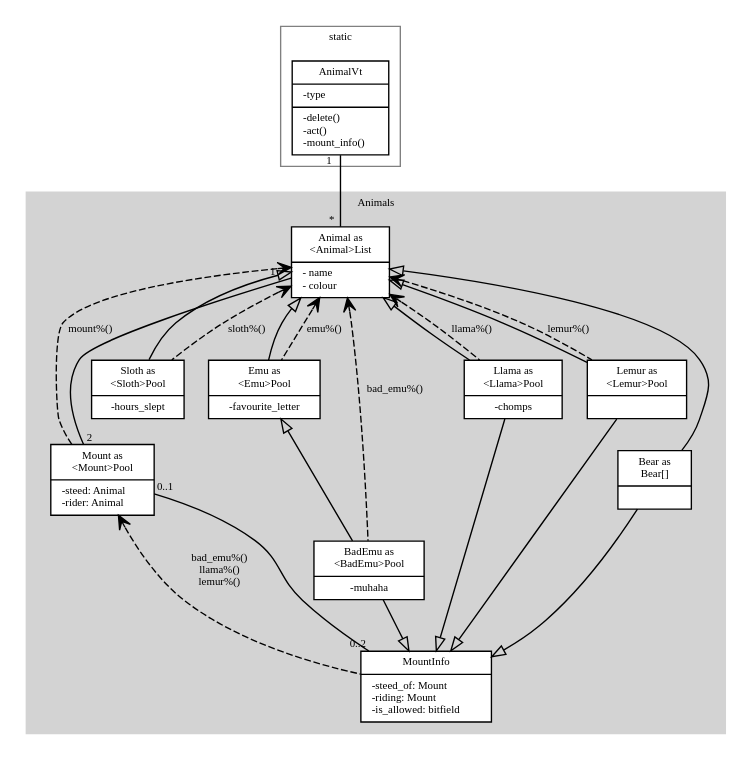
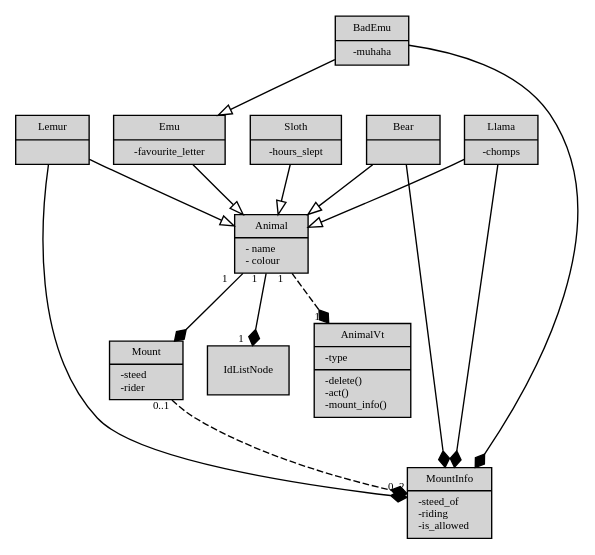
The diagram in web/animals.gv (neil-edelman/boxes), drawn with Graphviz before and after one commit.

Commit message:
Updated; no migrate, looks much cleaner.

```diff
--- a/web/animals.gv
+++ b/web/animals.gv
@@ -1,69 +1,52 @@
 digraph {
 	fontname = "Bitstream Vera Sans";
 	fontsize = 8;
 	node [
 		fontname = "Bitstream Vera Sans",
 		fontsize = 8,
-		shape = record
+		shape = record,
+		style = filled,
+		fillcolor = lightgrey
 	];
 	edge [
 		fontname = "Bitstream Vera Sans",
-		fontsize = 8,
+		fontsize = 8
 	];
-	subgraph cluster_AnimalVt {
-		label = "static";
-		color = grey;
-		fillcolor = clear;
-		AnimalVt [ label = "{AnimalVt|-type\l|-delete()\l-act()\l-mount_info()\l}" ];
-	}
-	subgraph cluster_Animals {
-		label = "Animals";
-		style = filled;
-		color = lightgrey;
-		node [style = filled, fillcolor = white];
+	AnimalVt [ label = "{AnimalVt|-type\l|-delete()\l-act()\l-mount_info()\l}" ];
 
-		Animal [ label = "{Animal as\n\<Animal\>List|- name\l- colour\l}" ];
-		Mount [ label = "{Mount as\n\<Mount\>Pool|-steed: Animal\l-rider: Animal\l}" ]
-		MountInfo [label="{MountInfo|-steed_of: Mount\l-riding: Mount\l-is_allowed: bitfield\l}"]
-		Sloth [ label = "{Sloth as\n\<Sloth\>Pool|-hours_slept}" ];
-		Emu [ label = "{Emu as\n\<Emu\>Pool|-favourite_letter}"];
-		BadEmu [label="{BadEmu as\n\<BadEmu\>Pool|-muhaha}"];
-		Llama [label="{Llama as\n\<Llama\>Pool|-chomps}"];
-		Lemur [label="{Lemur as\n\<Lemur\>Pool|}"];
-		Bear [label="{Bear as\nBear[]|}"];
+	Animal [ label = "{Animal|- name\l- colour\l}" ];
+	Mount [ label = "{Mount|-steed\l-rider\l}" ]
+	MountInfo [label = "{MountInfo|-steed_of\l-riding\l-is_allowed\l}"]
+	Sloth [ label = "{Sloth|-hours_slept}" ];
+	Emu [ label = "{Emu|-favourite_letter}"];
+	BadEmu [label="{BadEmu|-muhaha}"];
+	Llama [label="{Llama|-chomps}"];
+	Lemur [label="{Lemur|}"];
+	Bear [label="{Bear|}"];
 
-		#{ rank = same; Sloth; Emu; Llama; Lemur; Bear; }
+	{ rank = same; Sloth; Emu; Llama; Lemur; Bear; }
+	{ rank = same; AnimalVt; IdListNode; }
 
-		# inheritance (nested {struct}s)
-		edge [ arrowtail = empty, dir = back ];
-		Animal -> Sloth;
-		Animal -> Emu -> BadEmu;
-		Animal -> Llama;
-		Animal ->Lemur;
-		Animal -> Bear;
-		edge [ arrowhead = empty, dir = forward ];
-		BadEmu -> MountInfo;
-		Llama -> MountInfo;
-		Lemur -> MountInfo;
-		Bear -> MountInfo;
+	# inheritance (nested `struct`s)
+	edge [ arrowhead = empty ];
+	Sloth -> Animal;
+	BadEmu -> Emu -> Animal;
+	Llama -> Animal;
+	Lemur -> Animal;
+	Bear -> Animal;
+	edge [ arrowhead = diamond ];
+	BadEmu -> MountInfo;
+	Llama -> MountInfo;
+	Lemur -> MountInfo;
+	Bear -> MountInfo;
 
-		# dependancy (migrate functions)
-		# \each == _migrate
-		#edge [ arrowtail = diamond, dir = back ];
-		edge [ arrowtail = vee, dir = back, style = dashed ]
-		Animal -> Sloth [ label = "sloth%()" ];
-		Animal -> Emu  [ label = "emu%()" ];
-		Animal -> BadEmu [ label = "bad_emu%()" ];
-		Animal -> Llama [ label = "llama%()" ];
-		Animal -> Lemur [ label = "lemur%()" ];
-		Mount -> MountInfo [ label = "bad_emu%()\nllama%()\nlemur%()" ];
-		Animal -> Mount [ label = "mount%()" ];
+	# dependancy
+	edge [ style = dashed ]
+	Animal -> AnimalVt [ headlabel = "  1  ", taillabel = "  1  " ];
+	Mount -> MountInfo [ headlabel = "0..2", taillabel = "0..1" ];
 
-		# association (pointers)
-		edge [ arrowtail = vee, dir = back, style = normal ];
-		edge [ dir = none, style = normal ];
-		AnimalVt -> Animal [ headlabel = "*  ", taillabel = "  1  " ];
-		Mount -> MountInfo [ headlabel = "0..2", taillabel = "0..1" ];
-		Animal -> Mount [ headlabel = " 2  ", taillabel = "1     " ];
-	}
+	# association
+	edge [ style = normal ];
+	Animal -> IdListNode [ headlabel = "  1  ", taillabel = "  1  " ];
+	Animal -> Mount [ headlabel = " 2  ", taillabel = "1     " ];
 }
```
